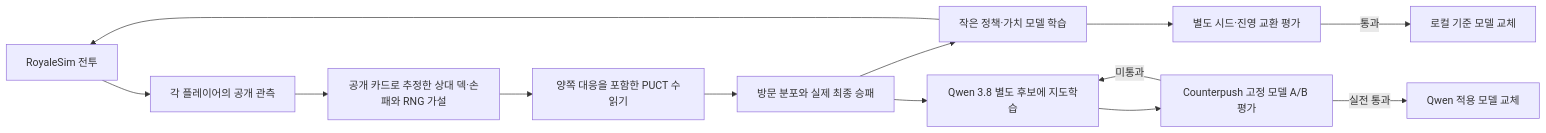
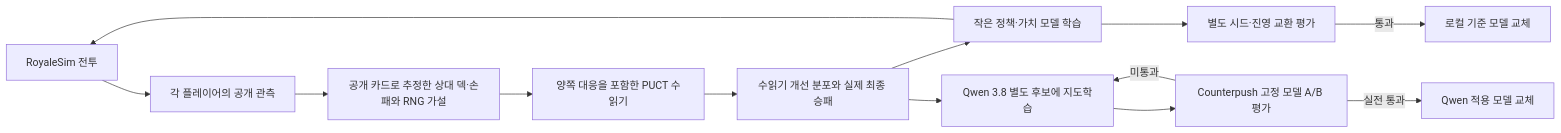
The diagram in projects/clash-bot/docs/arena-learning.md (jingeon27/side-project), drawn with Mermaid before and after one commit. The commit also changed other lines of this file and 27 other files, not shown here.

````diff
--- a/projects/clash-bot/docs/arena-learning.md
+++ b/projects/clash-bot/docs/arena-learning.md
@@ -7,15 +7,15 @@
 ```mermaid
 flowchart LR
   E[RoyaleSim 전투] --> P[각 플레이어의 공개 관측]
   P --> M[공개 카드로 추정한 상대 덱·손패와 RNG 가설]
   M --> S[양쪽 대응을 포함한 PUCT 수읽기]
-  S --> R[방문 분포와 실제 최종 승패]
+  S --> R[수읽기 개선 분포와 실제 최종 승패]
   R --> L[작은 정책·가치 모델 학습]
   L --> E
   L --> V[별도 시드·진영 교환 평가]
   V -->|통과| C[로컬 기준 모델 교체]
   R --> Q[Qwen 3.8 별도 후보에 지도학습]
   Q --> A[Counterpush 고정 모델 A/B 평가]
   A -->|실전 통과| D[Qwen 적용 모델 교체]
   A -->|미통과| Q
 ```
````
